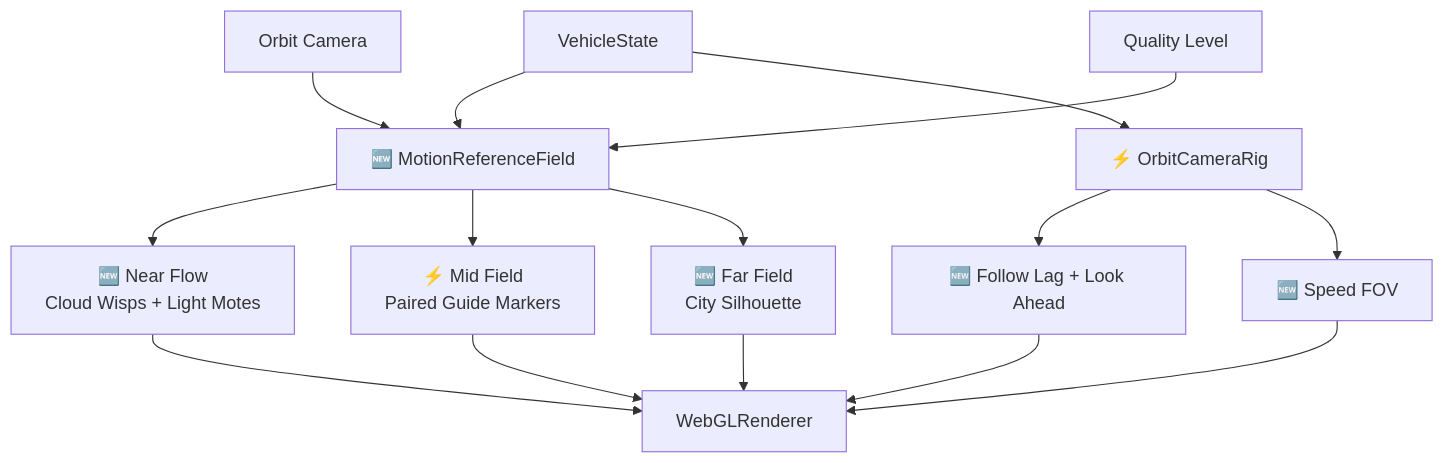
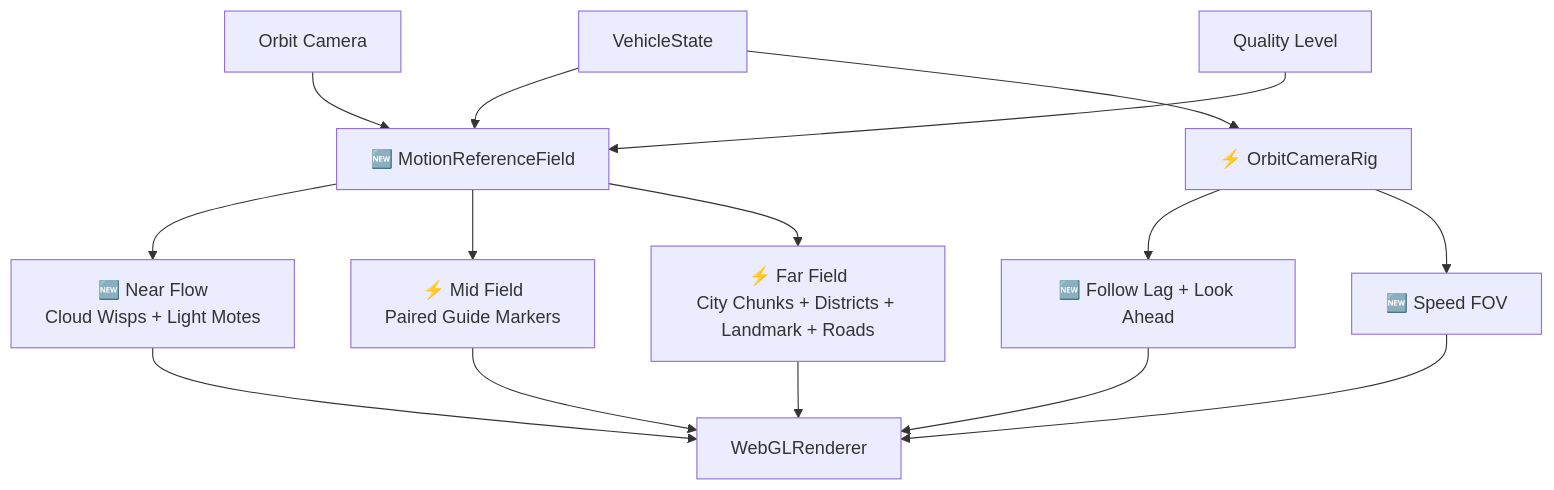
The first of 3 diagrams in docs/architecture/motion-reference/README.md (64n-goxutech/shader-roam), drawn with Mermaid before and after one commit. The commit also changed other lines of this file and 17 other files, not shown here.

````diff
--- a/docs/architecture/motion-reference/README.md
+++ b/docs/architecture/motion-reference/README.md
@@ -5,21 +5,21 @@
 ```mermaid
 graph TB
     %% 🆕 新增  ⚡ 修改
     VehicleState[VehicleState] --> MotionField[🆕 MotionReferenceField]
     Camera[Orbit Camera] --> MotionField
     Quality[Quality Level] --> MotionField
 
     MotionField --> NearFlow[🆕 Near Flow<br/>Cloud Wisps + Light Motes]
     MotionField --> MidField[⚡ Mid Field<br/>Paired Guide Markers]
-    MotionField --> FarField[🆕 Far Field<br/>City Silhouette]
+    MotionField --> FarField[⚡ Far Field<br/>City Chunks + Districts + Landmark + Roads]
 
     VehicleState --> CameraRig[⚡ OrbitCameraRig]
     CameraRig --> FollowSpring[🆕 Follow Lag + Look Ahead]
     CameraRig --> DynamicFov[🆕 Speed FOV]
 
     NearFlow --> Renderer[WebGLRenderer]
     MidField --> Renderer
     FarField --> Renderer
     FollowSpring --> Renderer
     DynamicFov --> Renderer
 ```
````
